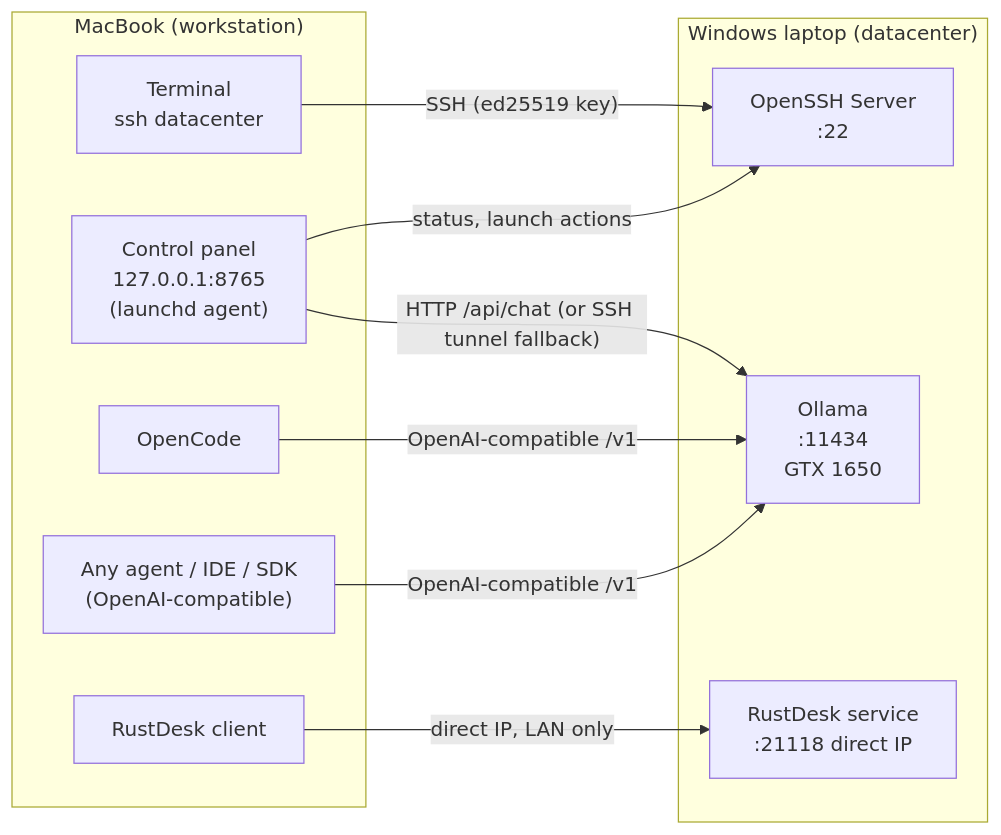
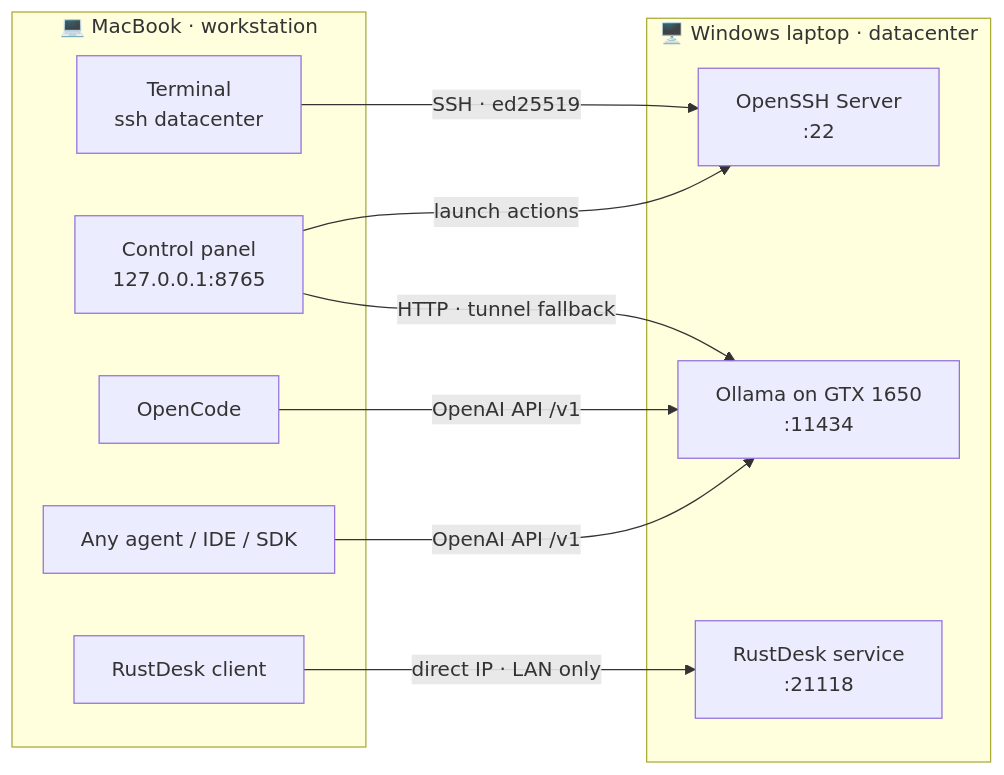
The diagram in README.md (Rajath2000/zero-cost-ai-datacenter), drawn with Mermaid before and after one commit. The commit also changed other lines of this file, not shown here.

````diff
--- a/README.md
+++ b/README.md
@@ -64,23 +90,23 @@
 ```mermaid
 flowchart LR
-  subgraph MAC["MacBook (workstation)"]
+  subgraph MAC["💻 MacBook · workstation"]
     T["Terminal<br/>ssh datacenter"]
-    P["Control panel<br/>127.0.0.1:8765<br/>(launchd agent)"]
+    P["Control panel<br/>127.0.0.1:8765"]
     OC["OpenCode"]
-    AG["Any agent / IDE / SDK<br/>(OpenAI-compatible)"]
+    AG["Any agent / IDE / SDK"]
     RDc["RustDesk client"]
   end
 
-  subgraph WIN["Windows laptop (datacenter)"]
+  subgraph WIN["🖥️ Windows laptop · datacenter"]
     SSHD["OpenSSH Server<br/>:22"]
-    OL["Ollama<br/>:11434<br/>GTX 1650"]
-    RDs["RustDesk service<br/>:21118 direct IP"]
+    OL["Ollama on GTX 1650<br/>:11434"]
+    RDs["RustDesk service<br/>:21118"]
   end
 
-  T -- "SSH (ed25519 key)" --> SSHD
-  P -- "status, launch actions" --> SSHD
-  P -- "HTTP /api/chat (or SSH tunnel fallback)" --> OL
-  OC -- "OpenAI-compatible /v1" --> OL
-  AG -- "OpenAI-compatible /v1" --> OL
-  RDc -- "direct IP, LAN only" --> RDs
+  T -- "SSH · ed25519" --> SSHD
+  P -- "launch actions" --> SSHD
+  P -- "HTTP · tunnel fallback" --> OL
+  OC -- "OpenAI API /v1" --> OL
+  AG -- "OpenAI API /v1" --> OL
+  RDc -- "direct IP · LAN only" --> RDs
 ```
````
